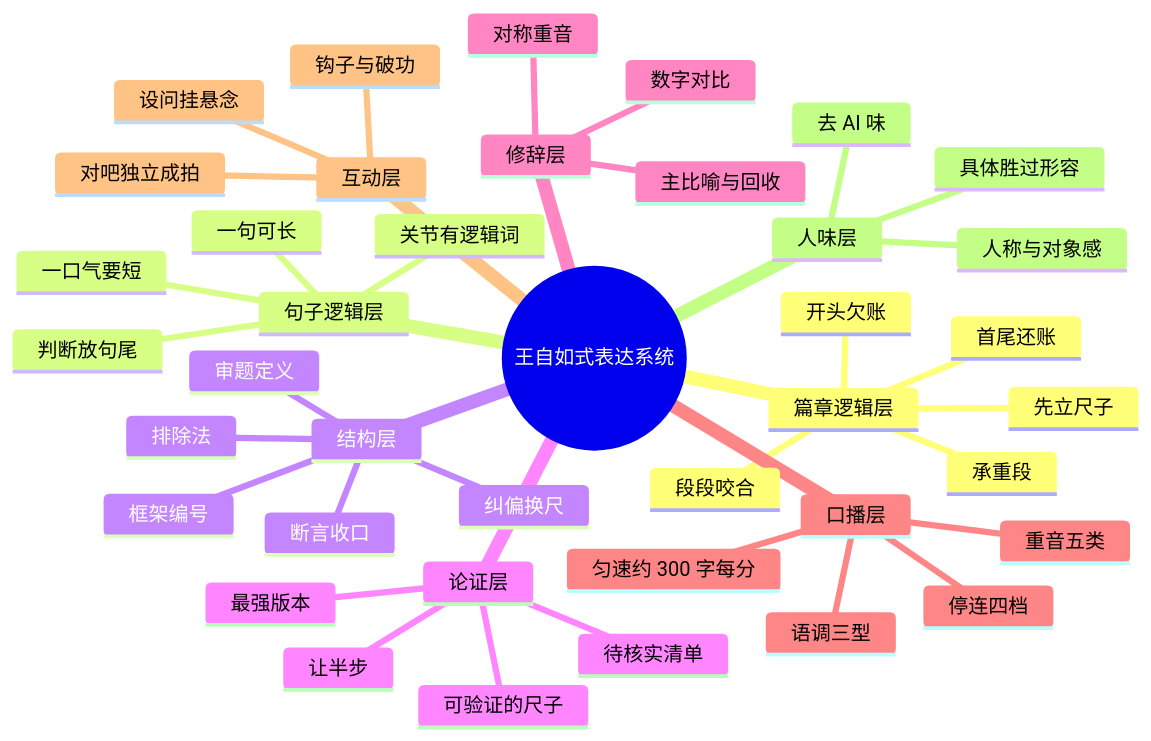
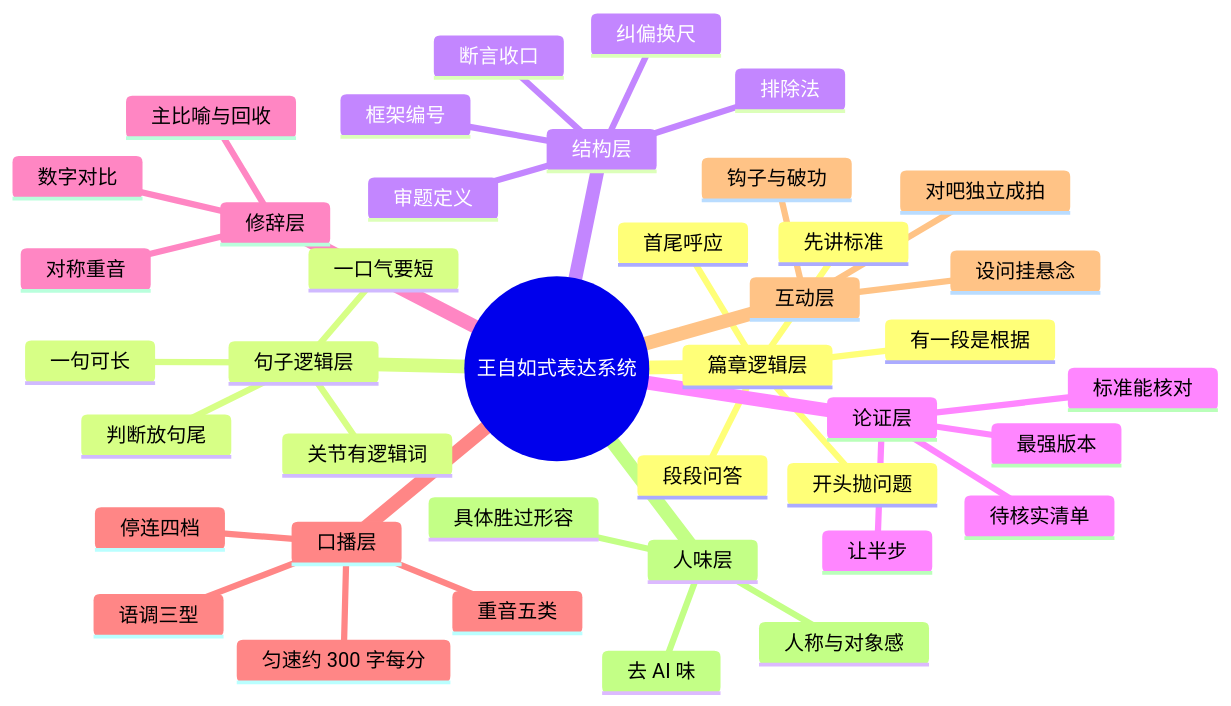
Before and after one commit to chrislitality-svg/think-like-wangziru: the second of 2 diagrams in README.md, drawn with Mermaid. The commit also changed other lines of this file and 1 other file, not shown here.

Commit message:
README 去黑话与中英混排：核心发现改大白话，流程图改为单条中文顺序图，推荐模型表去英文

````diff
--- a/README.md
+++ b/README.md
@@ -312,43 +290,43 @@
 ```mermaid
 mindmap
   root((王自如式表达系统))
     篇章逻辑层
-      开头欠账
-      先立尺子
-      段段咬合
-      承重段
-      首尾还账
+      开头抛问题
+      先讲标准
+      段段问答
+      有一段是根据
+      首尾呼应
     句子逻辑层
       一句可长
       一口气要短
       关节有逻辑词
       判断放句尾
     结构层
       审题定义
       纠偏换尺
       排除法
       框架编号
       断言收口
     论证层
       让半步
-      可验证的尺子
+      标准能核对
       最强版本
       待核实清单
     修辞层
       主比喻与回收
       数字对比
       对称重音
     口播层
       停连四档
       重音五类
       语调三型
       匀速约 300 字每分
     互动层
       对吧独立成拍
       设问挂悬念
       钩子与破功
     人味层
       去 AI 味
       人称与对象感
       具体胜过形容
 ```
````
